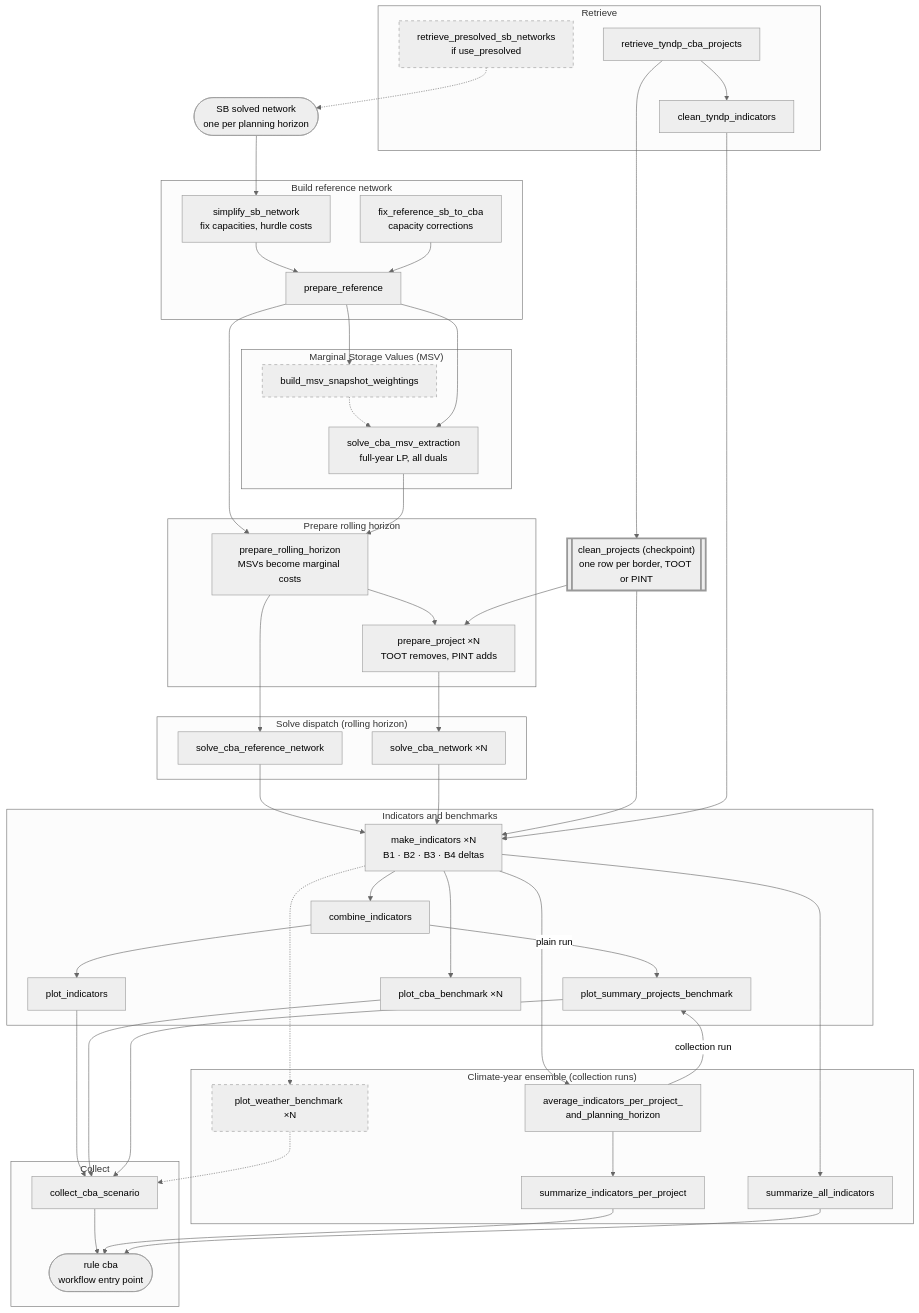
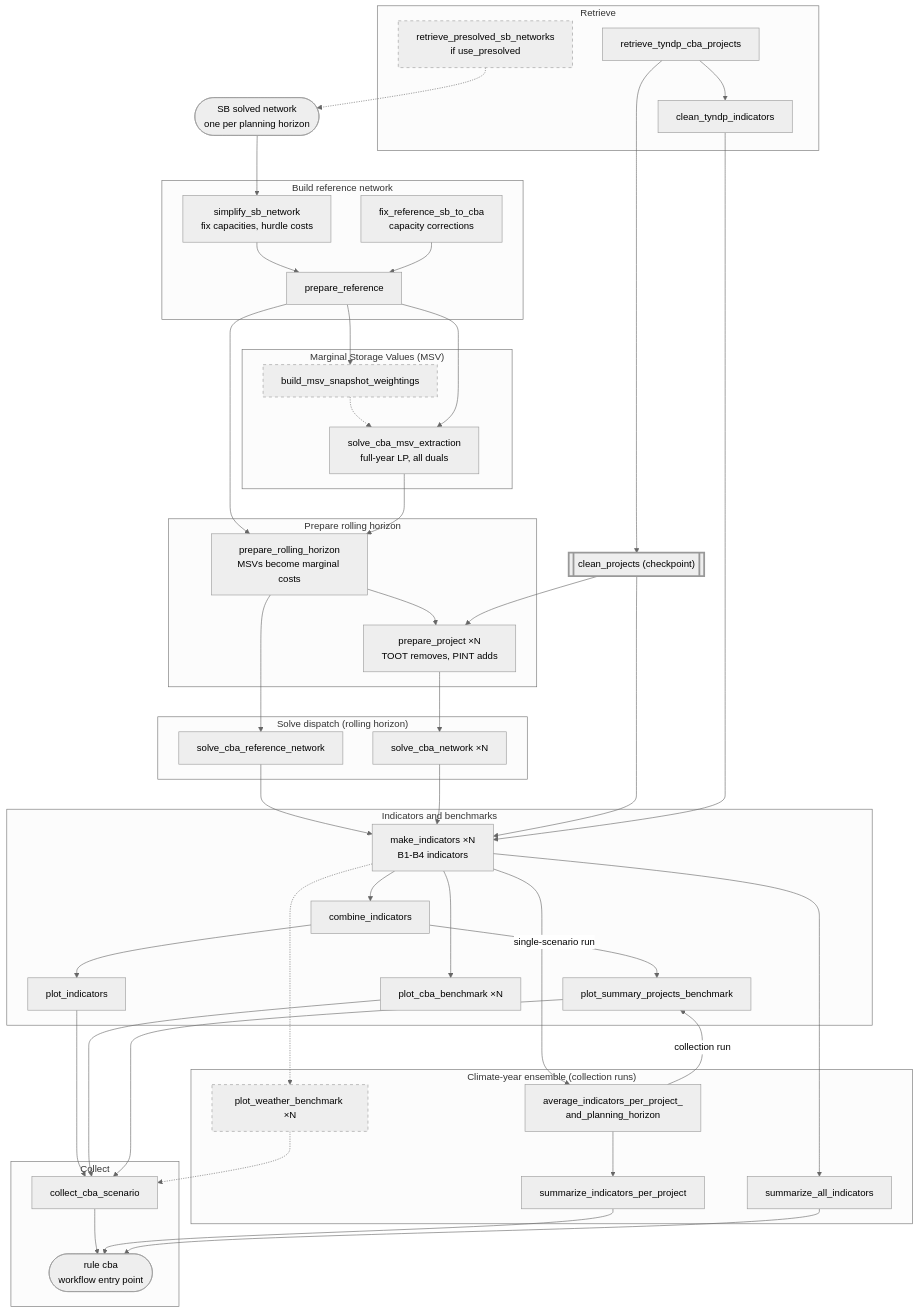
One commit to open-energy-transition/open-tyndp changed the second of 2 diagrams in doc/cba.md. Above: the diagram before and after it, drawn with Mermaid (neutral theme). The commit also changed other lines of this file, not shown here.

Commit message:
docs: edit diagram text

```diff
--- a/doc/cba.md
+++ b/doc/cba.md
@@ -49,7 +49,7 @@
     end
 
     SBNET(["SB solved network<br/>one per planning horizon"])
-    CLP[["clean_projects (checkpoint)<br/>one row per border, TOOT or PINT"]]
+    CLP[["clean_projects (checkpoint)"]]
 
     subgraph REF ["Build reference network"]
         SIM["simplify_sb_network<br/>fix capacities, hurdle costs"]
@@ -73,7 +73,7 @@
     end
 
     subgraph IND ["Indicators and benchmarks"]
-        MKI["make_indicators ×N<br/>B1 · B2 · B3 · B4 deltas"]
+        MKI["make_indicators ×N<br/>B1-B4 indicators"]
         CBI["combine_indicators"]
         PLI["plot_indicators"]
         PCB["plot_cba_benchmark ×N"]
@@ -120,7 +120,7 @@
     MKI --> CBI
     CBI --> PLI
     MKI --> PCB
-    CBI -->|plain run| PSB
+    CBI -->|single-scenario run| PSB
 
     MKI --> AVG
     %% invisible links keep the ensemble stage below the indicator stage
```
